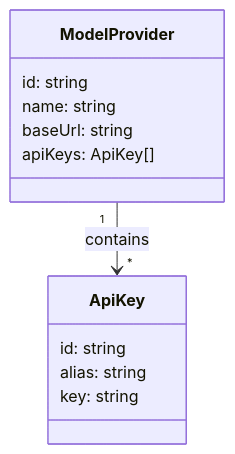
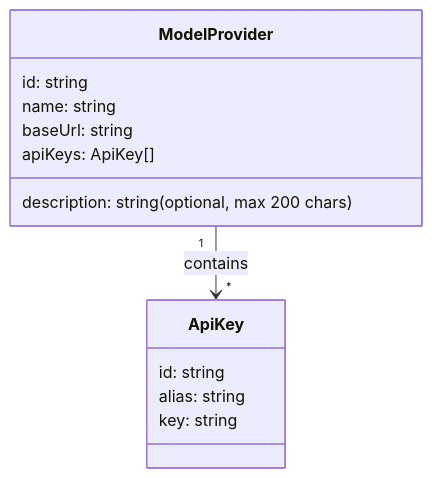
One commit to V1ki/MyAgent changed the first of 2 diagrams in web/src/pages/ModelProviders/Readme.md. Above: the diagram before and after it, drawn with Mermaid. The commit also changed 1 other file, not shown here.

Commit message:
Add optional description field to Model Providers with UI updates

````diff
--- a/web/src/pages/ModelProviders/Readme.md
+++ b/web/src/pages/ModelProviders/Readme.md
@@ -4,17 +4,18 @@
 ```mermaid
 classDiagram
     class ModelProvider {
         id: string
         name: string
         baseUrl: string
+        description: string (optional, max 200 chars)
         apiKeys: ApiKey[]
     }
     
     class ApiKey {
         id: string
         alias: string
         key: string
     }
     
     ModelProvider "1" --> "*" ApiKey : contains
 ```
````
